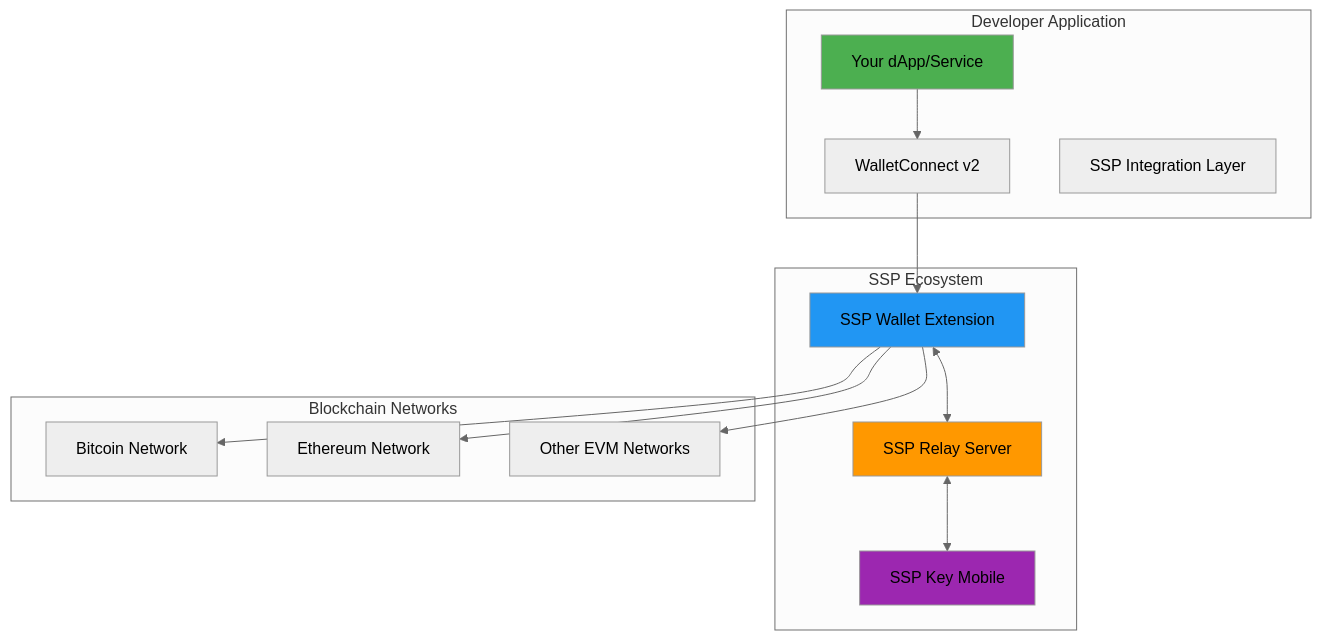
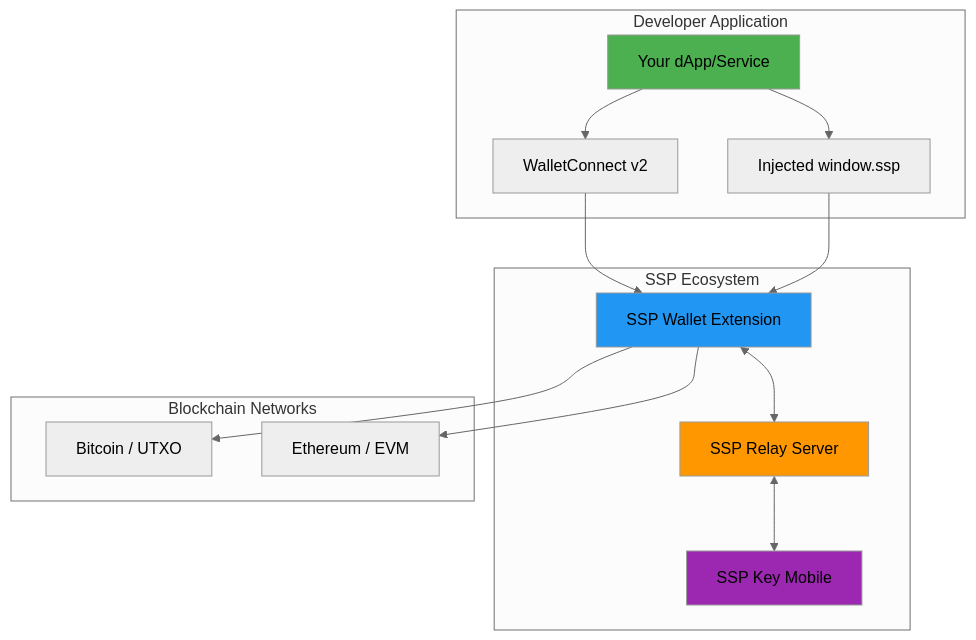
One commit to RunOnFlux/ssp-docs changed the diagram in developers/getting-started.md. Above: the diagram before and after it, drawn with Mermaid (neutral theme). The commit also changed other lines of this file and 21 other files, not shown here.

````diff
--- a/developers/getting-started.md
+++ b/developers/getting-started.md
@@ -37,33 +36,33 @@
 ```mermaid
 graph TB
     subgraph "Developer Application"
         A[Your dApp/Service]
         B[WalletConnect v2]
-        C[SSP Integration Layer]
+        C[Injected window.ssp]
     end
-    
+
     subgraph "SSP Ecosystem"
         D[SSP Wallet Extension]
         E[SSP Relay Server]
         F[SSP Key Mobile]
     end
-    
+
     subgraph "Blockchain Networks"
-        G[Bitcoin Network]
-        H[Ethereum Network]
-        I[Other EVM Networks]
+        G[Bitcoin / UTXO]
+        H[Ethereum / EVM]
     end
-    
+
     A --> B
+    A --> C
     B --> D
+    C --> D
     D <--> E
     E <--> F
     D --> G
     D --> H
-    D --> I
-    
+
     style A fill:#4CAF50
     style D fill:#2196F3
     style E fill:#FF9800
     style F fill:#9C27B0
 ```
````
